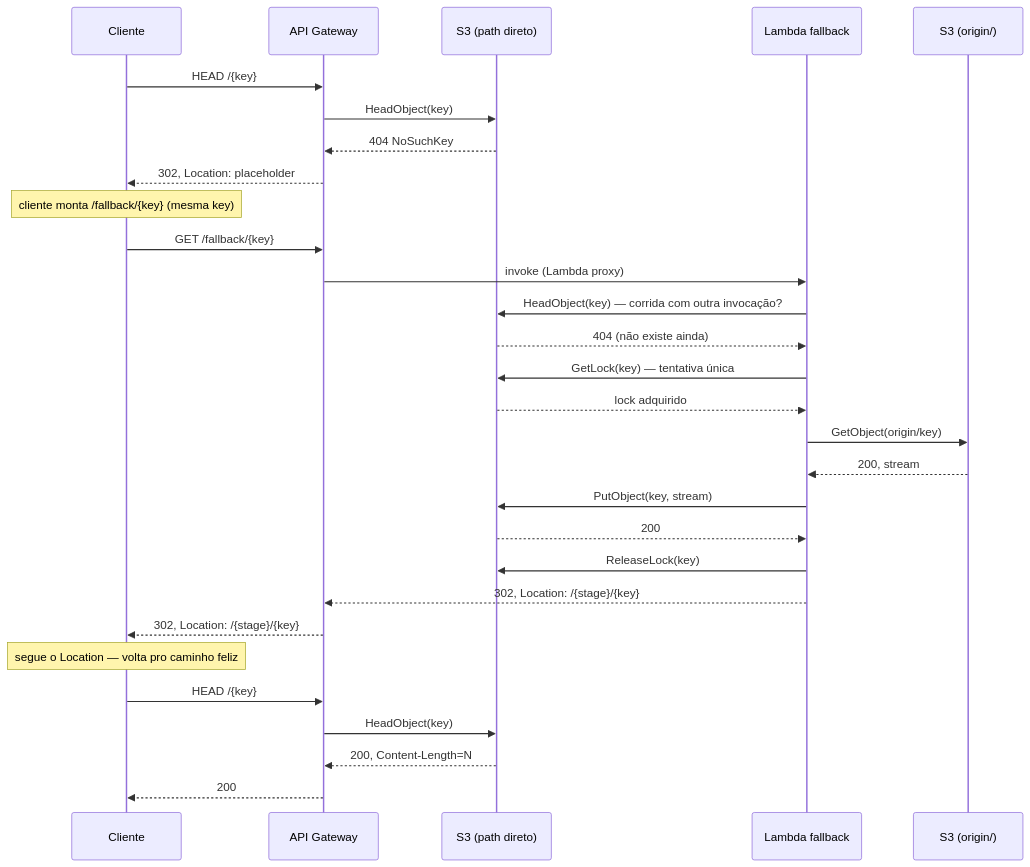
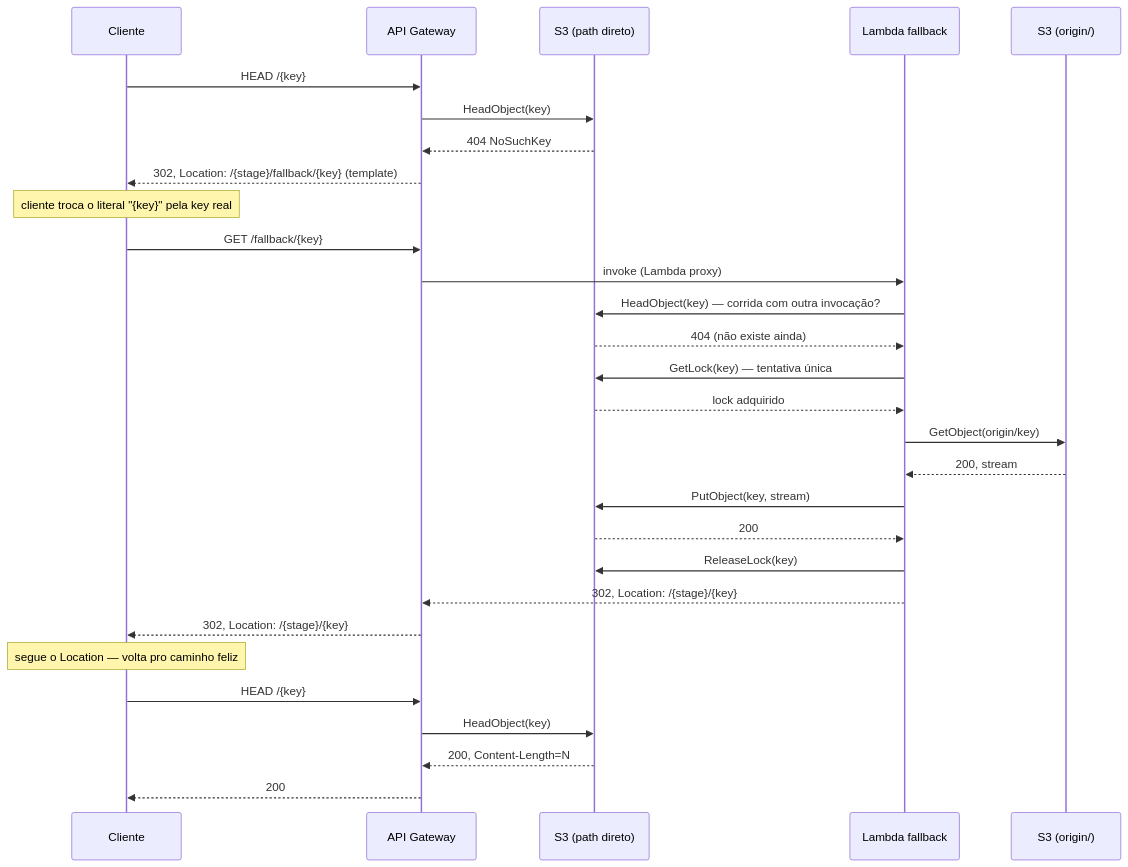
Before and after one commit to brunojet/apigw-transfer: the second of 4 diagrams in docs/client-behavior.md, drawn with Mermaid. The commit also changed other lines of this file and 2 other files, not shown here.

First line of the commit message:
feat: Location do 404 vira template estático + Cache-Control no-store

````diff
--- a/docs/client-behavior.md
+++ b/docs/client-behavior.md
@@ -46,36 +51,36 @@
 ```mermaid
 sequenceDiagram
     participant C as Cliente
     participant AGW as API Gateway
     participant S3d as S3 (path direto)
     participant L as Lambda fallback
     participant S3o as S3 (origin/)
 
     C->>AGW: HEAD /{key}
     AGW->>S3d: HeadObject(key)
     S3d-->>AGW: 404 NoSuchKey
-    AGW-->>C: 302, Location: placeholder
+    AGW-->>C: 302, Location: /{stage}/fallback/{key} (template)
 
-    Note over C: cliente monta /fallback/{key} (mesma key)
+    Note over C: cliente troca o literal "{key}" pela key real
 
     C->>AGW: GET /fallback/{key}
     AGW->>L: invoke (Lambda proxy)
     L->>S3d: HeadObject(key) — corrida com outra invocação?
     S3d-->>L: 404 (não existe ainda)
     L->>S3d: GetLock(key) — tentativa única
     S3d-->>L: lock adquirido
     L->>S3o: GetObject(origin/key)
     S3o-->>L: 200, stream
     L->>S3d: PutObject(key, stream)
     S3d-->>L: 200
     L->>S3d: ReleaseLock(key)
     L-->>AGW: 302, Location: /{stage}/{key}
     AGW-->>C: 302, Location: /{stage}/{key}
 
     Note over C: segue o Location — volta pro caminho feliz
 
     C->>AGW: HEAD /{key}
     AGW->>S3d: HeadObject(key)
     S3d-->>AGW: 200, Content-Length=N
     AGW-->>C: 200
 ```
````
